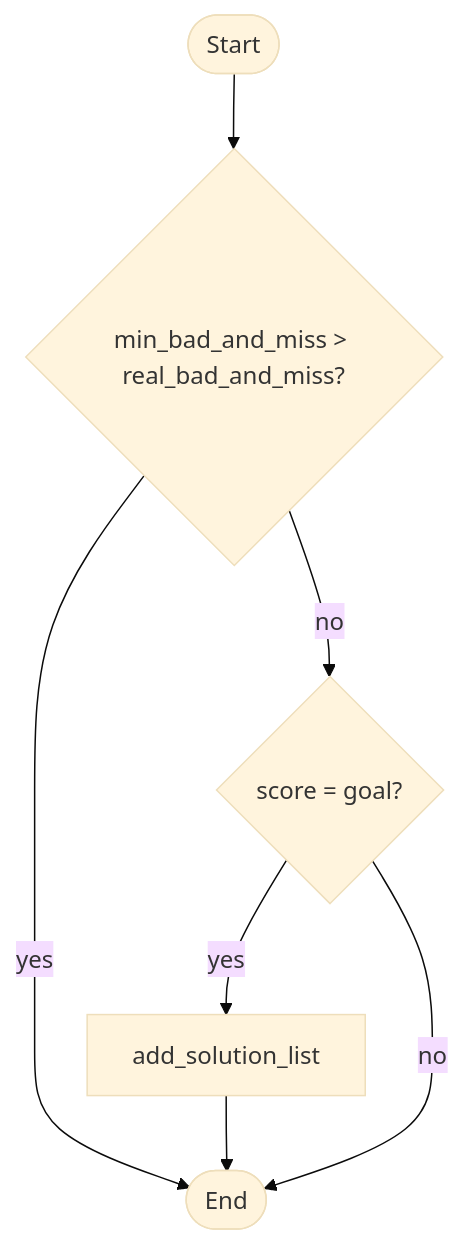
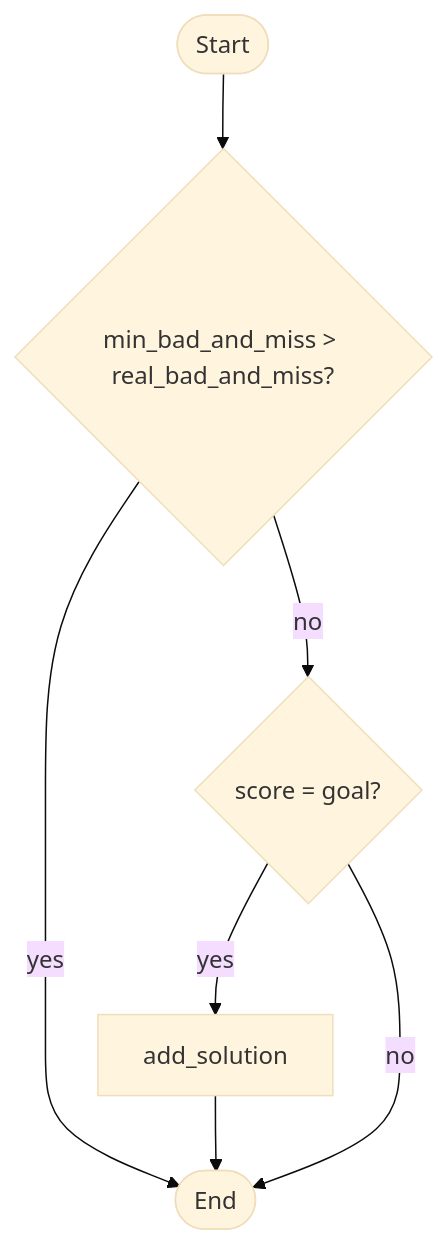
The third of 4 diagrams in README.md (Destruction321/PhigrosScoreCalculator), drawn with Mermaid (base theme) before and after one commit. The commit also changed other lines of this file, not shown here.

````diff
--- a/README.md
+++ b/README.md
@@ -300,14 +300,14 @@
             ```mermaid
             graph TD
                 Start([Start])
                 check_bad_and_miss{min_bad_and_miss > real_bad_and_miss?}
                 check_score{score = goal?}
-                add_solution_list[add_solution_list]
+                add_solution[add_solution]
                 End([End])
 
                 Start --> check_bad_and_miss
                 check_bad_and_miss -- yes --> End
                 check_bad_and_miss -- no --> check_score
-                check_score -- yes --> add_solution_list --> End
+                check_score -- yes --> add_solution --> End
                 check_score -- no --> End
             ```
````
